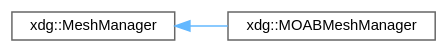
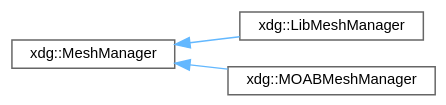
One commit to xdg-org/xdg changed the diagram in inherit_graph_9.dot. Above: the diagram before and after it, drawn with Graphviz. The commit also changed 64 other files, not shown here.

```diff
--- a/inherit_graph_9.dot
+++ b/inherit_graph_9.dot
@@ -1,11 +1,13 @@
 digraph "Graphical Class Hierarchy"
 {
  // LATEX_PDF_SIZE
   bgcolor="transparent";
   edge [fontname=Helvetica,fontsize=10,labelfontname=Helvetica,labelfontsize=10];
   node [fontname=Helvetica,fontsize=10,shape=box,height=0.2,width=0.4];
   rankdir="LR";
   Node0 [id="Node000000",label="xdg::MeshManager",height=0.2,width=0.4,color="grey40", fillcolor="white", style="filled",URL="$classxdg_1_1MeshManager.html",tooltip=" "];
   Node0 -> Node1 [id="edge5_Node000000_Node000001",dir="back",color="steelblue1",style="solid",tooltip=" "];
-  Node1 [id="Node000001",label="xdg::MOABMeshManager",height=0.2,width=0.4,color="grey40", fillcolor="white", style="filled",URL="$classxdg_1_1MOABMeshManager.html",tooltip=" "];
+  Node1 [id="Node000001",label="xdg::LibMeshManager",height=0.2,width=0.4,color="grey40", fillcolor="white", style="filled",URL="$classxdg_1_1LibMeshManager.html",tooltip=" "];
+  Node0 -> Node2 [id="edge6_Node000000_Node000002",dir="back",color="steelblue1",style="solid",tooltip=" "];
+  Node2 [id="Node000002",label="xdg::MOABMeshManager",height=0.2,width=0.4,color="grey40", fillcolor="white", style="filled",URL="$classxdg_1_1MOABMeshManager.html",tooltip=" "];
 }
```
